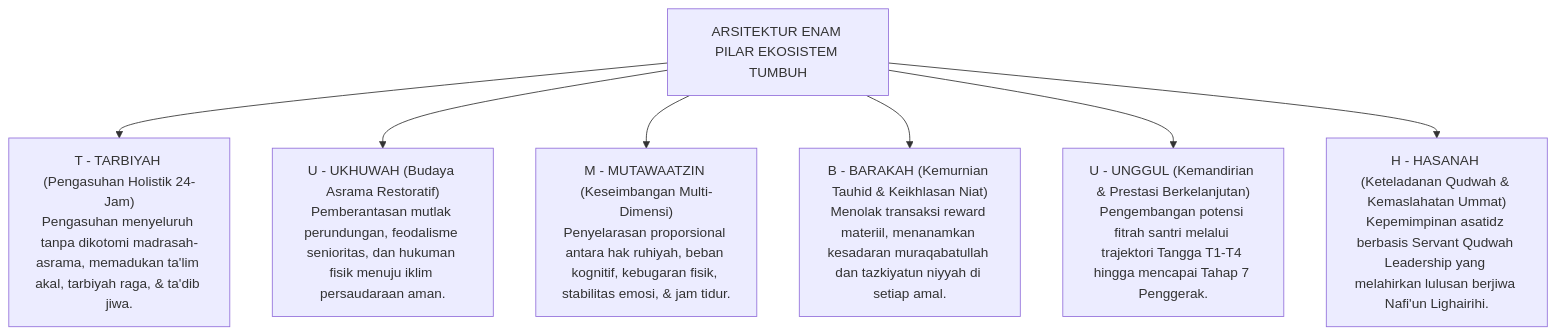
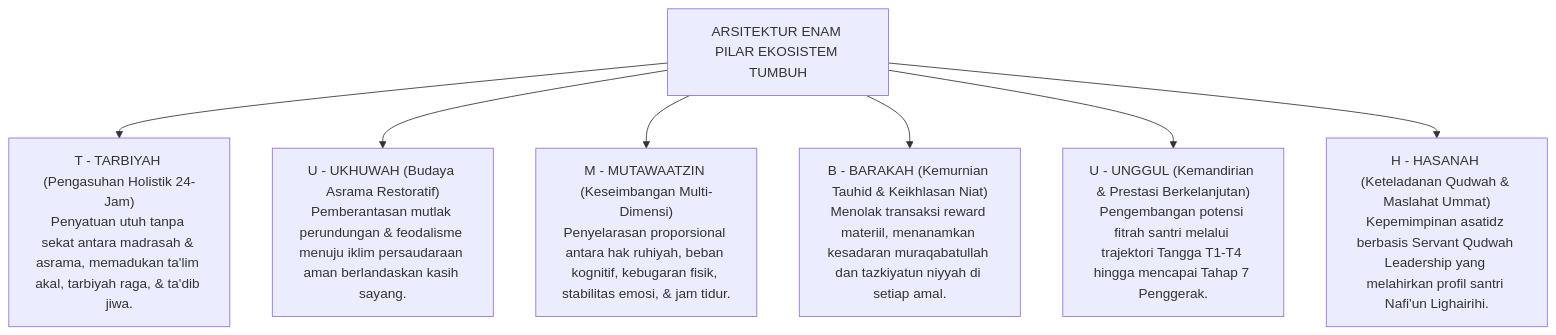
Before and after one commit to wandiapriliyandi/tumbuh: the second of 3 diagrams in BOOK-SERIES/Volume-01/Bab-01-Krisis-Karakter-dan-Urgensi-Rekonstruksi/05-Urgensi-Rekonstruksi-Paradigma-Menuju-TUMBUH.md, drawn with Mermaid. The commit also changed other lines of this file, not shown here.

Commit message:
docs(bab-1.5): rekonstruksi mendalam sintesis 6 pilar TUMBUH, matriks komparasi paradigma, dan roadmap 5 volume seri buku master

````diff
--- a/BOOK-SERIES/Volume-01/Bab-01-Krisis-Karakter-dan-Urgensi-Rekonstruksi/05-Urgensi-Rekonstruksi-Paradigma-Menuju-TUMBUH.md
+++ b/BOOK-SERIES/Volume-01/Bab-01-Krisis-Karakter-dan-Urgensi-Rekonstruksi/05-Urgensi-Rekonstruksi-Paradigma-Menuju-TUMBUH.md
@@ -36,16 +42,16 @@
 ```mermaid
 graph TD
     Root["ARSITEKTUR ENAM PILAR EKOSISTEM TUMBUH"]
     
-    Root --> T["T - TARBIYAH (Pengasuhan Holistik 24-Jam)<br/>Pengasuhan menyeluruh tanpa dikotomi madrasah-asrama, memadukan ta'lim akal, tarbiyah raga, & ta'dib jiwa."]
+    Root --> T["T - TARBIYAH (Pengasuhan Holistik 24-Jam)<br/>Penyatuan utuh tanpa sekat antara madrasah & asrama, memadukan ta'lim akal, tarbiyah raga, & ta'dib jiwa."]
     
-    Root --> U["U - UKHUWAH (Budaya Asrama Restoratif)<br/>Pemberantasan mutlak perundungan, feodalisme senioritas, dan hukuman fisik menuju iklim persaudaraan aman."]
+    Root --> U["U - UKHUWAH (Budaya Asrama Restoratif)<br/>Pemberantasan mutlak perundungan & feodalisme menuju iklim persaudaraan aman berlandaskan kasih sayang."]
     
     Root --> M["M - MUTAWAATZIN (Keseimbangan Multi-Dimensi)<br/>Penyelarasan proporsional antara hak ruhiyah, beban kognitif, kebugaran fisik, stabilitas emosi, & jam tidur."]
     
     Root --> B["B - BARAKAH (Kemurnian Tauhid & Keikhlasan Niat)<br/>Menolak transaksi reward materiil, menanamkan kesadaran muraqabatullah dan tazkiyatun niyyah di setiap amal."]
     
     Root --> Un["U - UNGGUL (Kemandirian & Prestasi Berkelanjutan)<br/>Pengembangan potensi fitrah santri melalui trajektori Tangga T1-T4 hingga mencapai Tahap 7 Penggerak."]
     
-    Root --> H["H - HASANAH (Keteladanan Qudwah & Kemaslahatan Ummat)<br/>Kepemimpinan asatidz berbasis Servant Qudwah Leadership yang melahirkan lulusan berjiwa Nafi'un Lighairihi."]
+    Root --> H["H - HASANAH (Keteladanan Qudwah & Maslahat Ummat)<br/>Kepemimpinan asatidz berbasis Servant Qudwah Leadership yang melahirkan profil santri Nafi'un Lighairihi."]
 ```
````
